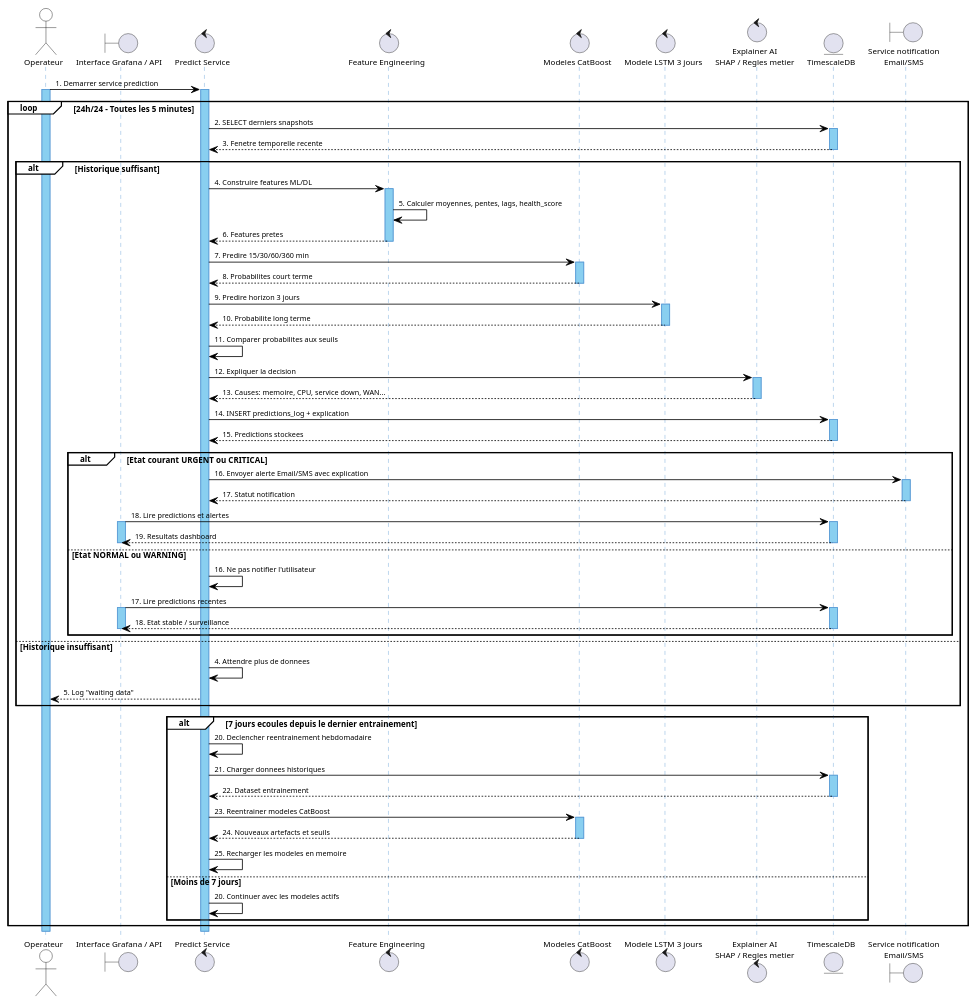
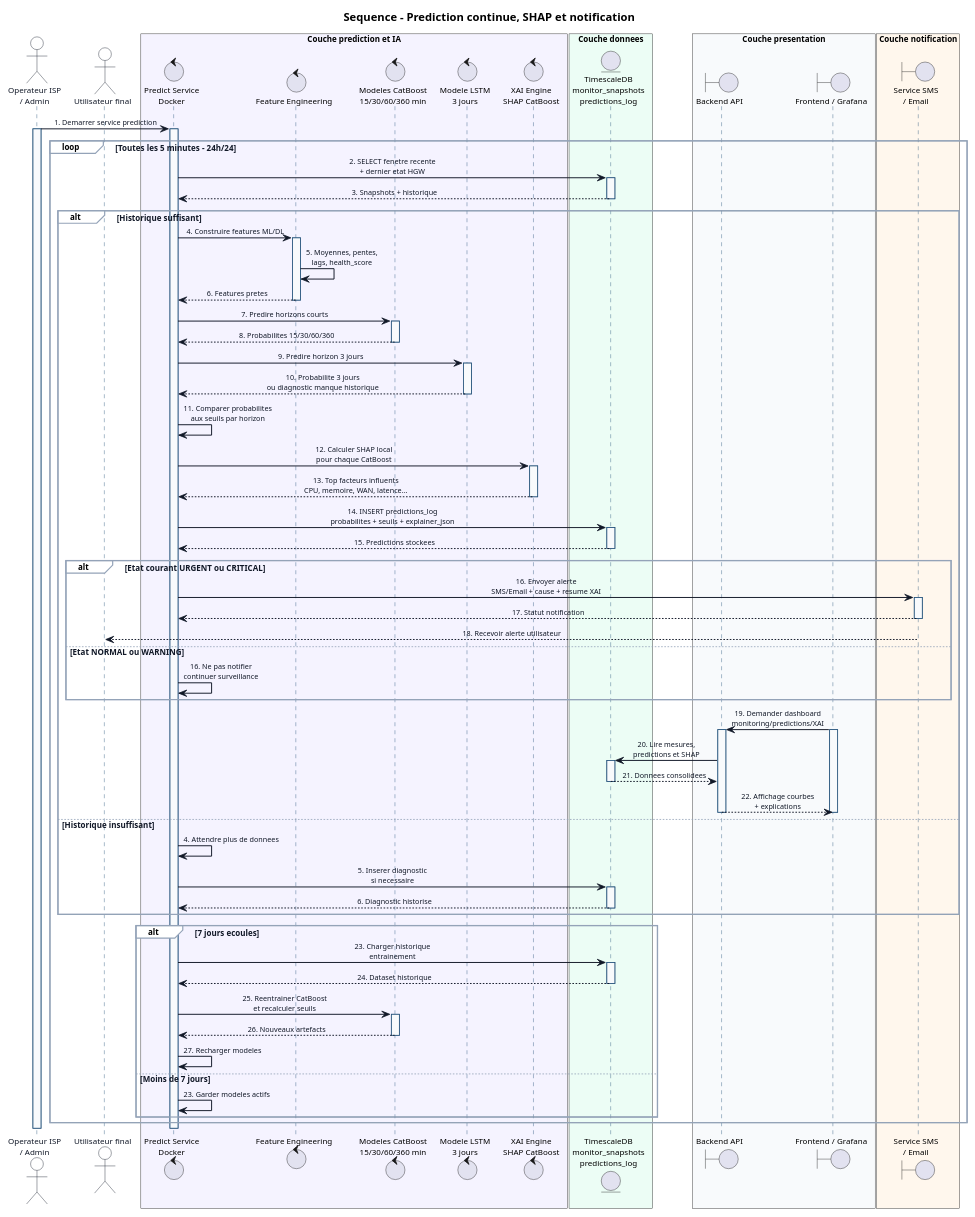
The diagram in DIAGRAMS/hgw_sequence_prediction_modeles.plantuml (bechirnajar23/PFE), drawn with PlantUML before and after one commit. The commit also changed 54 other files, not shown here.

Commit message:
api sms supprimé , web app ajouté

```diff
--- a/DIAGRAMS/hgw_sequence_prediction_modeles.plantuml
+++ b/DIAGRAMS/hgw_sequence_prediction_modeles.plantuml
@@ -1,125 +1,144 @@
 @startuml
+title Sequence - Prediction continue, SHAP et notification
+
 skinparam backgroundColor #FFFFFF
 skinparam defaultFontName Arial
 skinparam defaultFontSize 10
+skinparam shadowing false
+skinparam sequenceMessageAlign center
+
 skinparam Participant {
-    BackgroundColor #89CFF0
-    BorderColor #2E75B6
-    BorderThickness 1.5
-    FontColor #000000
-    FontSize 10
+  BackgroundColor #EAF2FF
+  BorderColor #24527A
+  BorderThickness 1.4
+  FontColor #111827
 }
 skinparam Actor {
-    BackgroundColor #FFFFFF
-    BorderColor #000000
-    FontColor #000000
-    FontSize 10
+  BackgroundColor #FFFFFF
+  BorderColor #111827
+  FontColor #111827
 }
 skinparam Sequence {
-    ArrowColor #000000
-    ArrowFontColor #000000
-    ArrowFontSize 9
-    ArrowThickness 1
-    LifeLineBorderColor #5B9BD5
-    LifeLineBorderThickness 1.5
-    LifeLineBackgroundColor #89CFF0
-    GroupBackgroundColor #FFFFFF
-    GroupBorderColor #000000
-    GroupFontColor #000000
-    GroupHeaderFontStyle bold
+  ArrowColor #111827
+  ArrowFontColor #111827
+  ArrowFontSize 9
+  ArrowThickness 1.2
+  LifeLineBorderColor #24527A
+  LifeLineBorderThickness 1.2
+  LifeLineBackgroundColor #F8FAFC
+  GroupBackgroundColor #FFFFFF
+  GroupBorderColor #94A3B8
+  GroupFontColor #111827
+  GroupHeaderFontStyle bold
 }
 
-actor "Operateur" as ACT
-boundary "Interface Grafana / API" as UI
-control "Predict Service" as PRED
+actor "Operateur ISP\n/ Admin" as ACT
+actor "Utilisateur final" as USER
+
+box "Couche prediction et IA" #F5F3FF
+control "Predict Service\nDocker" as PRED
 control "Feature Engineering" as FE
-control "Modeles CatBoost" as CB
-control "Modele LSTM 3 jours" as LSTM
-control "Explainer AI\nSHAP / Regles metier" as EXP
-entity "TimescaleDB" as DB
-boundary "Service notification\nEmail/SMS" as NOTIF
+control "Modeles CatBoost\n15/30/60/360 min" as CB
+control "Modele LSTM\n3 jours" as LSTM
+control "XAI Engine\nSHAP CatBoost" as XAI
+end box
+
+box "Couche donnees" #ECFDF5
+entity "TimescaleDB\nmonitor_snapshots\npredictions_log" as DB
+end box
+
+box "Couche presentation" #F8FAFC
+boundary "Backend API" as API
+boundary "Frontend / Grafana" as UI
+end box
+
+box "Couche notification" #FFF7ED
+boundary "Service SMS\n/ Email" as NOTIF
+end box
 
 ACT -> PRED : 1. Demarrer service prediction
 activate ACT
 activate PRED
 
-loop 24h/24 - Toutes les 5 minutes
-    PRED -> DB : 2. SELECT derniers snapshots
+loop Toutes les 5 minutes - 24h/24
+  PRED -> DB : 2. SELECT fenetre recente\n+ dernier etat HGW
+  activate DB
+  DB --> PRED : 3. Snapshots + historique
+  deactivate DB
+
+  alt Historique suffisant
+    PRED -> FE : 4. Construire features ML/DL
+    activate FE
+    FE -> FE : 5. Moyennes, pentes,\nlags, health_score
+    FE --> PRED : 6. Features pretes
+    deactivate FE
+
+    PRED -> CB : 7. Predire horizons courts
+    activate CB
+    CB --> PRED : 8. Probabilites 15/30/60/360
+    deactivate CB
+
+    PRED -> LSTM : 9. Predire horizon 3 jours
+    activate LSTM
+    LSTM --> PRED : 10. Probabilite 3 jours\nou diagnostic manque historique
+    deactivate LSTM
+
+    PRED -> PRED : 11. Comparer probabilites\naux seuils par horizon
+
+    PRED -> XAI : 12. Calculer SHAP local\npour chaque CatBoost
+    activate XAI
+    XAI --> PRED : 13. Top facteurs influents\nCPU, memoire, WAN, latence...
+    deactivate XAI
+
+    PRED -> DB : 14. INSERT predictions_log\nprobabilites + seuils + explainer_json
     activate DB
-    DB --> PRED : 3. Fenetre temporelle recente
+    DB --> PRED : 15. Predictions stockees
     deactivate DB
 
-    alt Historique suffisant
-        PRED -> FE : 4. Construire features ML/DL
-        activate FE
-        FE -> FE : 5. Calculer moyennes, pentes, lags, health_score
-        FE --> PRED : 6. Features pretes
-        deactivate FE
-
-        PRED -> CB : 7. Predire 15/30/60/360 min
-        activate CB
-        CB --> PRED : 8. Probabilites court terme
-        deactivate CB
-
-        PRED -> LSTM : 9. Predire horizon 3 jours
-        activate LSTM
-        LSTM --> PRED : 10. Probabilite long terme
-        deactivate LSTM
-
-        PRED -> PRED : 11. Comparer probabilites aux seuils
-
-        PRED -> EXP : 12. Expliquer la decision
-        activate EXP
-        EXP --> PRED : 13. Causes: memoire, CPU, service down, WAN...
-        deactivate EXP
-
-        PRED -> DB : 14. INSERT predictions_log + explication
-        activate DB
-        DB --> PRED : 15. Predictions stockees
-        deactivate DB
-
-        alt Etat courant URGENT ou CRITICAL
-            PRED -> NOTIF : 16. Envoyer alerte Email/SMS avec explication
-            activate NOTIF
-            NOTIF --> PRED : 17. Statut notification
-            deactivate NOTIF
-            UI -> DB : 18. Lire predictions et alertes
-            activate UI
-            activate DB
-            DB --> UI : 19. Resultats dashboard
-            deactivate DB
-            deactivate UI
-        else Etat NORMAL ou WARNING
-            PRED -> PRED : 16. Ne pas notifier l'utilisateur
-            UI -> DB : 17. Lire predictions recentes
-            activate UI
-            activate DB
-            DB --> UI : 18. Etat stable / surveillance
-            deactivate DB
-            deactivate UI
-        end
-    else Historique insuffisant
-        PRED -> PRED : 4. Attendre plus de donnees
-        PRED --> ACT : 5. Log "waiting data"
+    alt Etat courant URGENT ou CRITICAL
+      PRED -> NOTIF : 16. Envoyer alerte\nSMS/Email + cause + resume XAI
+      activate NOTIF
+      NOTIF --> PRED : 17. Statut notification
+      deactivate NOTIF
+      NOTIF --> USER : 18. Recevoir alerte utilisateur
+    else Etat NORMAL ou WARNING
+      PRED -> PRED : 16. Ne pas notifier\ncontinuer surveillance
     end
 
-    alt 7 jours ecoules depuis le dernier entrainement
-        PRED -> PRED : 20. Declencher reentrainement hebdomadaire
-        PRED -> DB : 21. Charger donnees historiques
-        activate DB
-        DB --> PRED : 22. Dataset entrainement
-        deactivate DB
-        PRED -> CB : 23. Reentrainer modeles CatBoost
-        activate CB
-        CB --> PRED : 24. Nouveaux artefacts et seuils
-        deactivate CB
-        PRED -> PRED : 25. Recharger les modeles en memoire
-    else Moins de 7 jours
-        PRED -> PRED : 20. Continuer avec les modeles actifs
-    end
+    UI -> API : 19. Demander dashboard\nmonitoring/predictions/XAI
+    activate UI
+    activate API
+    API -> DB : 20. Lire mesures,\npredictions et SHAP
+    activate DB
+    DB --> API : 21. Donnees consolidees
+    deactivate DB
+    API --> UI : 22. Affichage courbes\n+ explications
+    deactivate API
+    deactivate UI
+  else Historique insuffisant
+    PRED -> PRED : 4. Attendre plus de donnees
+    PRED -> DB : 5. Inserer diagnostic\nsi necessaire
+    activate DB
+    DB --> PRED : 6. Diagnostic historise
+    deactivate DB
+  end
+
+  alt 7 jours ecoules
+    PRED -> DB : 23. Charger historique\nentrainement
+    activate DB
+    DB --> PRED : 24. Dataset historique
+    deactivate DB
+    PRED -> CB : 25. Reentrainer CatBoost\net recalculer seuils
+    activate CB
+    CB --> PRED : 26. Nouveaux artefacts
+    deactivate CB
+    PRED -> PRED : 27. Recharger modeles
+  else Moins de 7 jours
+    PRED -> PRED : 23. Garder modeles actifs
+  end
 end
 
 deactivate PRED
 deactivate ACT
 
 @enduml
```
